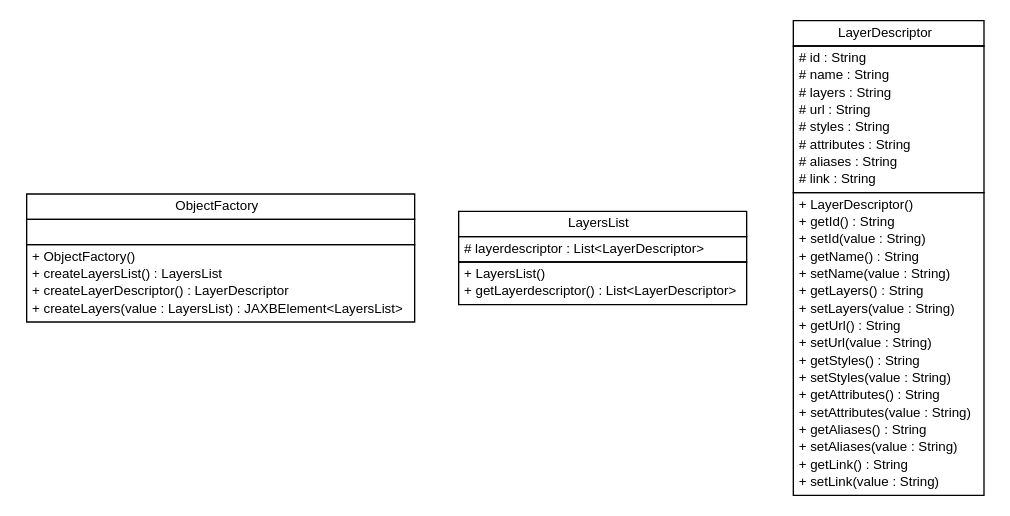
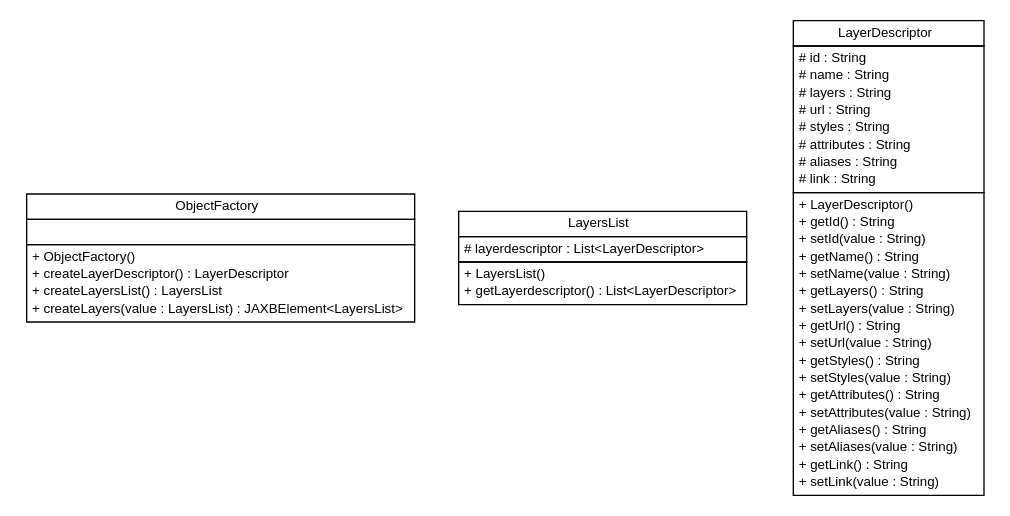
Before and after one commit to MinELenI/CBSviewer: the diagram in apidocs/nl/mineleni/cbsviewer/util/xml/nl.mineleni.cbsviewer.util.xml.dot, drawn with Graphviz. The commit also changed other lines of this file and 351 other files, not shown here.

```diff
--- a/apidocs/nl/mineleni/cbsviewer/util/xml/nl.mineleni.cbsviewer.util.xml.dot
+++ b/apidocs/nl/mineleni/cbsviewer/util/xml/nl.mineleni.cbsviewer.util.xml.dot
@@ -1,75 +1,75 @@
 #!/usr/local/bin/dot
 #
 # Class diagram 
 # Generated by UMLGraph version R5_6 (http://www.umlgraph.org/)
 #
 
 digraph G {
 	edge [fontname="arial",fontsize=10,labelfontname="arial",labelfontsize=10];
 	node [fontname="arial",fontsize=10,shape=plaintext];
 	nodesep=0.25;
 	ranksep=0.5;
 	// nl.mineleni.cbsviewer.util.xml.ObjectFactory
 	c561 [label=<<table title="nl.mineleni.cbsviewer.util.xml.ObjectFactory" border="0" cellborder="1" cellspacing="0" cellpadding="2" port="p" href="./ObjectFactory.html">
 		<tr><td><table border="0" cellspacing="0" cellpadding="1">
 <tr><td align="center" balign="center"> ObjectFactory </td></tr>
 		</table></td></tr>
 		<tr><td><table border="0" cellspacing="0" cellpadding="1">
 <tr><td align="left" balign="left">  </td></tr>
 		</table></td></tr>
 		<tr><td><table border="0" cellspacing="0" cellpadding="1">
 <tr><td align="left" balign="left"> + ObjectFactory() </td></tr>
+<tr><td align="left" balign="left"> + createLayerDescriptor() : LayerDescriptor </td></tr>
 <tr><td align="left" balign="left"> + createLayersList() : LayersList </td></tr>
-<tr><td align="left" balign="left"> + createLayerDescriptor() : LayerDescriptor </td></tr>
 <tr><td align="left" balign="left"> + createLayers(value : LayersList) : JAXBElement&lt;LayersList&gt; </td></tr>
 		</table></td></tr>
 		</table>>, URL="./ObjectFactory.html", fontname="arial", fontcolor="black", fontsize=10.0];
 	// nl.mineleni.cbsviewer.util.xml.LayersList
 	c562 [label=<<table title="nl.mineleni.cbsviewer.util.xml.LayersList" border="0" cellborder="1" cellspacing="0" cellpadding="2" port="p" href="./LayersList.html">
 		<tr><td><table border="0" cellspacing="0" cellpadding="1">
 <tr><td align="center" balign="center"> LayersList </td></tr>
 		</table></td></tr>
 		<tr><td><table border="0" cellspacing="0" cellpadding="1">
 <tr><td align="left" balign="left"> # layerdescriptor : List&lt;LayerDescriptor&gt; </td></tr>
 		</table></td></tr>
 		<tr><td><table border="0" cellspacing="0" cellpadding="1">
 <tr><td align="left" balign="left"> + LayersList() </td></tr>
 <tr><td align="left" balign="left"> + getLayerdescriptor() : List&lt;LayerDescriptor&gt; </td></tr>
 		</table></td></tr>
 		</table>>, URL="./LayersList.html", fontname="arial", fontcolor="black", fontsize=10.0];
 	// nl.mineleni.cbsviewer.util.xml.LayerDescriptor
 	c563 [label=<<table title="nl.mineleni.cbsviewer.util.xml.LayerDescriptor" border="0" cellborder="1" cellspacing="0" cellpadding="2" port="p" href="./LayerDescriptor.html">
 		<tr><td><table border="0" cellspacing="0" cellpadding="1">
 <tr><td align="center" balign="center"> LayerDescriptor </td></tr>
 		</table></td></tr>
 		<tr><td><table border="0" cellspacing="0" cellpadding="1">
 <tr><td align="left" balign="left"> # id : String </td></tr>
 <tr><td align="left" balign="left"> # name : String </td></tr>
 <tr><td align="left" balign="left"> # layers : String </td></tr>
 <tr><td align="left" balign="left"> # url : String </td></tr>
 <tr><td align="left" balign="left"> # styles : String </td></tr>
 <tr><td align="left" balign="left"> # attributes : String </td></tr>
 <tr><td align="left" balign="left"> # aliases : String </td></tr>
 <tr><td align="left" balign="left"> # link : String </td></tr>
 		</table></td></tr>
 		<tr><td><table border="0" cellspacing="0" cellpadding="1">
 <tr><td align="left" balign="left"> + LayerDescriptor() </td></tr>
 <tr><td align="left" balign="left"> + getId() : String </td></tr>
 <tr><td align="left" balign="left"> + setId(value : String) </td></tr>
 <tr><td align="left" balign="left"> + getName() : String </td></tr>
 <tr><td align="left" balign="left"> + setName(value : String) </td></tr>
 <tr><td align="left" balign="left"> + getLayers() : String </td></tr>
 <tr><td align="left" balign="left"> + setLayers(value : String) </td></tr>
 <tr><td align="left" balign="left"> + getUrl() : String </td></tr>
 <tr><td align="left" balign="left"> + setUrl(value : String) </td></tr>
 <tr><td align="left" balign="left"> + getStyles() : String </td></tr>
 <tr><td align="left" balign="left"> + setStyles(value : String) </td></tr>
 <tr><td align="left" balign="left"> + getAttributes() : String </td></tr>
 <tr><td align="left" balign="left"> + setAttributes(value : String) </td></tr>
 <tr><td align="left" balign="left"> + getAliases() : String </td></tr>
 <tr><td align="left" balign="left"> + setAliases(value : String) </td></tr>
 <tr><td align="left" balign="left"> + getLink() : String </td></tr>
 <tr><td align="left" balign="left"> + setLink(value : String) </td></tr>
 		</table></td></tr>
 		</table>>, URL="./LayerDescriptor.html", fontname="arial", fontcolor="black", fontsize=10.0];
 }
```
